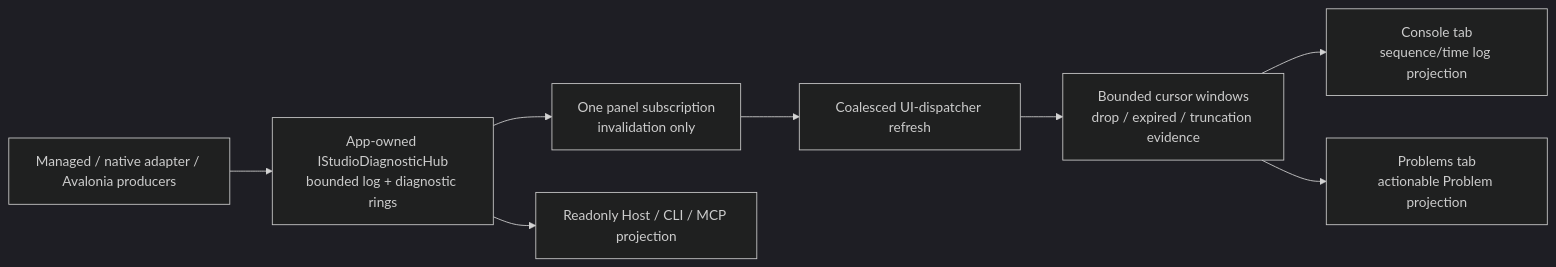
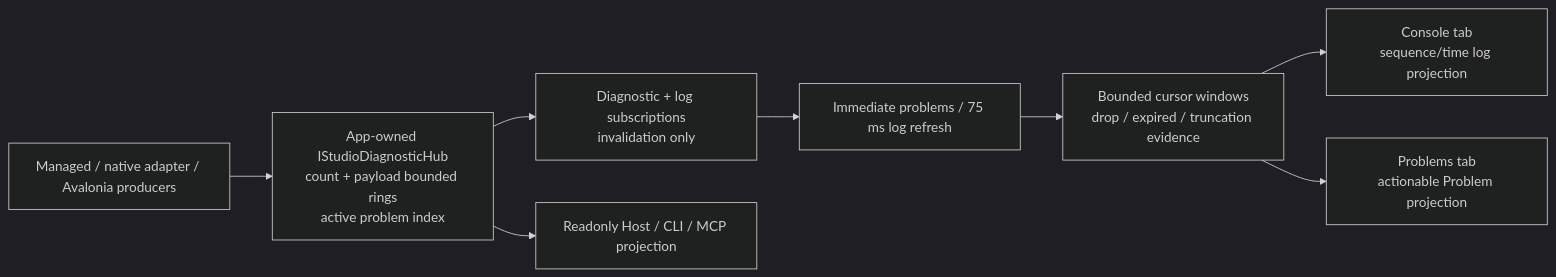
The tenth of 27 diagrams in docs/architecture/flow.md (66six11/Engine), drawn with Mermaid (dark theme) before and after one commit. The commit also changed other lines of this file and 23 other files, not shown here.

Commit message:
feat: harden studio diagnostics timelines

````diff
--- a/docs/architecture/flow.md
+++ b/docs/architecture/flow.md
@@ -687,17 +687,17 @@
 ```mermaid
 flowchart LR
     Producers["Managed / native adapter / Avalonia producers"]
-    Hub["App-owned IStudioDiagnosticHub<br/>bounded log + diagnostic rings"]
-    Subscription["One panel subscription<br/>invalidation only"]
-    Dispatcher["Coalesced UI-dispatcher refresh"]
+    Hub["App-owned IStudioDiagnosticHub<br/>count + payload bounded rings<br/>active problem index"]
+    Subscription["Diagnostic + log subscriptions<br/>invalidation only"]
+    Dispatcher["Immediate problems / 75 ms log refresh"]
     Windows["Bounded cursor windows<br/>drop / expired / truncation evidence"]
     Console["Console tab<br/>sequence/time log projection"]
     Problems["Problems tab<br/>actionable Problem projection"]
     Observe["Readonly Host / CLI / MCP projection"]
 
     Producers --> Hub
     Hub --> Subscription --> Dispatcher --> Windows
     Windows --> Console
     Windows --> Problems
     Hub --> Observe
 ```
````
